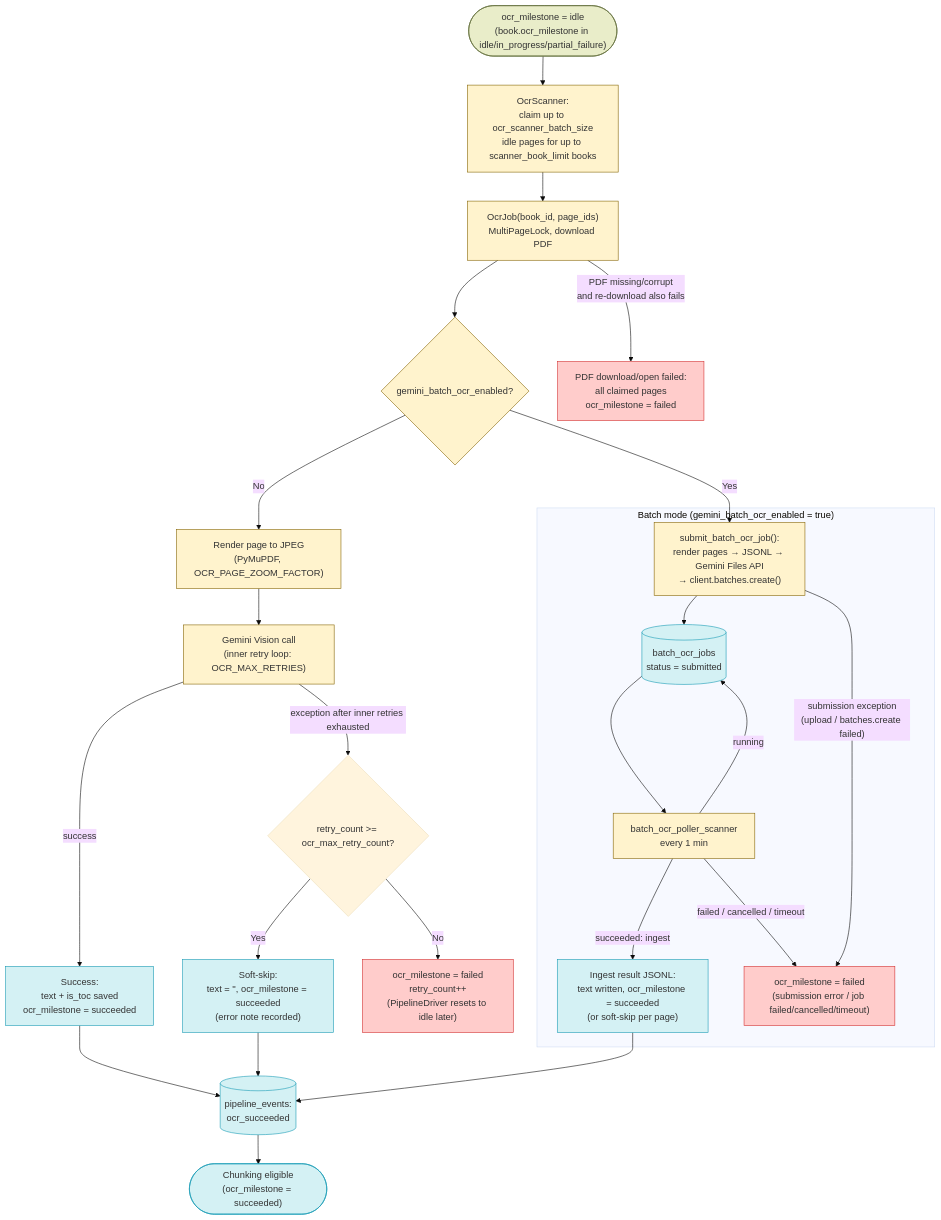
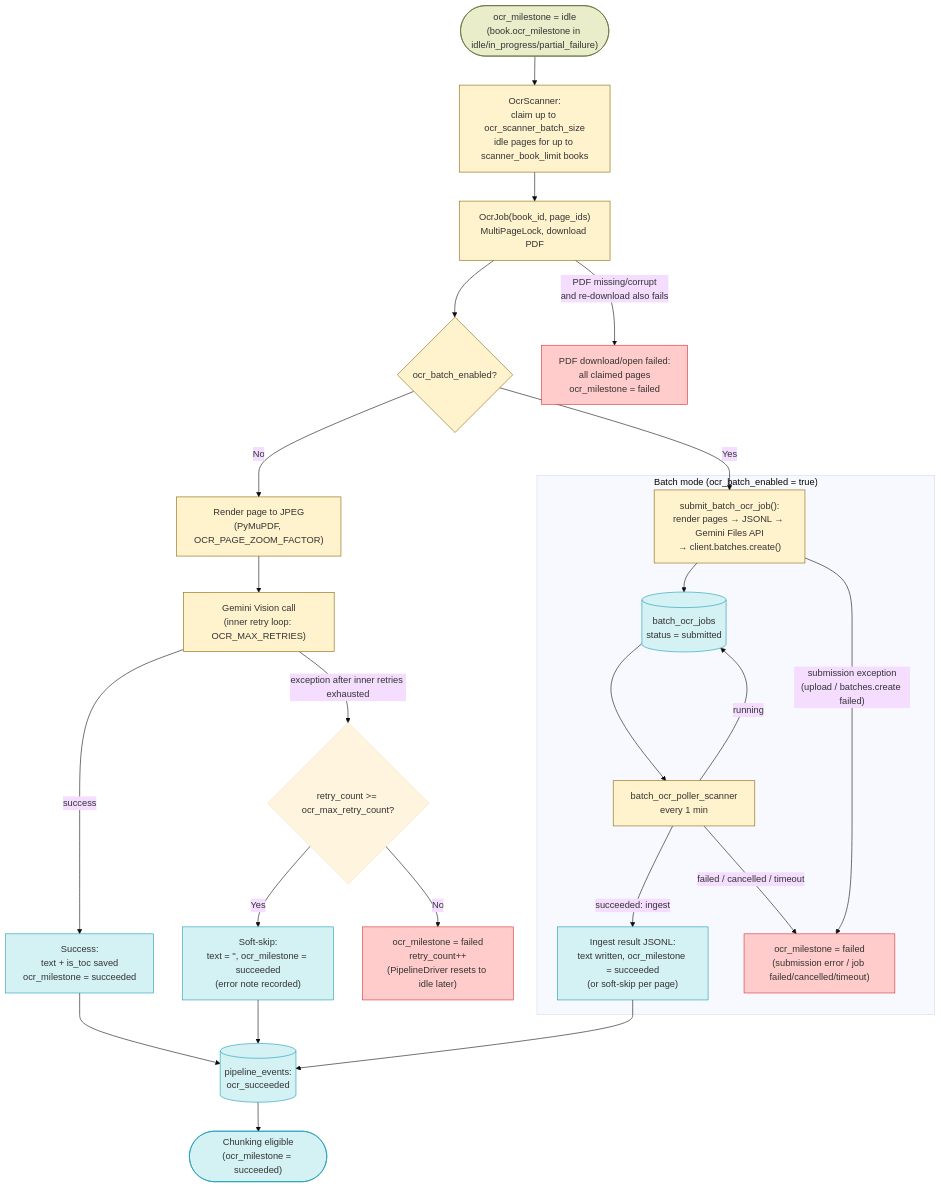
Before and after one commit to Kitabim-AI/kitabim-ai: the first of 2 diagrams in docs/main/OCR_DESIGN.md, drawn with Mermaid (base theme). The commit also changed other lines of this file and 67 other files, not shown here.

````diff
--- a/docs/main/OCR_DESIGN.md
+++ b/docs/main/OCR_DESIGN.md
@@ -76,51 +76,51 @@
 ```mermaid
 flowchart TD
     OCR_IDLE(["ocr_milestone = idle<br/>(book.ocr_milestone in idle/in_progress/partial_failure)"])
     CLAIM["OcrScanner:<br/>claim up to ocr_scanner_batch_size<br/>idle pages for up to scanner_book_limit books"]
     JOB["OcrJob(book_id, page_ids)<br/>MultiPageLock, download PDF"]
-    FLAG{"gemini_batch_ocr_enabled?"}
+    FLAG{"ocr_batch_enabled?"}
     RENDER["Render page to JPEG<br/>(PyMuPDF, OCR_PAGE_ZOOM_FACTOR)"]
     GEMINI["Gemini Vision call<br/>(inner retry loop: OCR_MAX_RETRIES)"]
     OK["Success:<br/>text + is_toc saved<br/>ocr_milestone = succeeded"]
     EXHAUST{"retry_count >= ocr_max_retry_count?"}
     SOFTSKIP["Soft-skip:<br/>text = '', ocr_milestone = succeeded<br/>(error note recorded)"]
     RETRY["ocr_milestone = failed<br/>retry_count++<br/>(PipelineDriver resets to idle later)"]
     PDLFAIL["PDF download/open failed:<br/>all claimed pages<br/>ocr_milestone = failed"]
     EVENT[("pipeline_events:<br/>ocr_succeeded")]
     NEXT(["Chunking eligible<br/>(ocr_milestone = succeeded)"])
 
     OCR_IDLE --> CLAIM --> JOB --> FLAG
     FLAG -- No --> RENDER --> GEMINI
     GEMINI -->|success| OK
     GEMINI -->|exception after inner retries exhausted| EXHAUST
     EXHAUST -- Yes --> SOFTSKIP
     EXHAUST -- No --> RETRY
     OK --> EVENT
     SOFTSKIP --> EVENT
     EVENT --> NEXT
     JOB -->|"PDF missing/corrupt<br/>and re-download also fails"| PDLFAIL
 
-    subgraph Batch["Batch mode (gemini_batch_ocr_enabled = true)"]
+    subgraph Batch["Batch mode (ocr_batch_enabled = true)"]
         SUBMIT["submit_batch_ocr_job():<br/>render pages → JSONL → Gemini Files API<br/>→ client.batches.create()"]
         BOJ[("batch_ocr_jobs<br/>status = submitted")]
         POLL["batch_ocr_poller_scanner<br/>every 1 min"]
         BOK["Ingest result JSONL:<br/>text written, ocr_milestone = succeeded<br/>(or soft-skip per page)"]
         BFAIL["ocr_milestone = failed<br/>(submission error / job failed/cancelled/timeout)"]
     end
 
     FLAG -- Yes --> SUBMIT --> BOJ --> POLL
     SUBMIT -->|"submission exception<br/>(upload / batches.create failed)"| BFAIL
     POLL -->|running| BOJ
     POLL -->|succeeded: ingest| BOK --> EVENT
     POLL -->|"failed / cancelled / timeout"| BFAIL
 
     classDef idle fill:#e9edc9,stroke:#606c38
     classDef active fill:#fff3cd,stroke:#856404
     classDef done fill:#d4f1f4,stroke:#189ab4
     classDef fail fill:#ffcccb,stroke:#d32f2f
 
     class OCR_IDLE idle
     class CLAIM,JOB,FLAG,RENDER,GEMINI,SUBMIT,POLL active
     class OK,SOFTSKIP,EVENT,NEXT,BOJ,BOK done
     class RETRY,PDLFAIL,BFAIL fail
 ```
````
